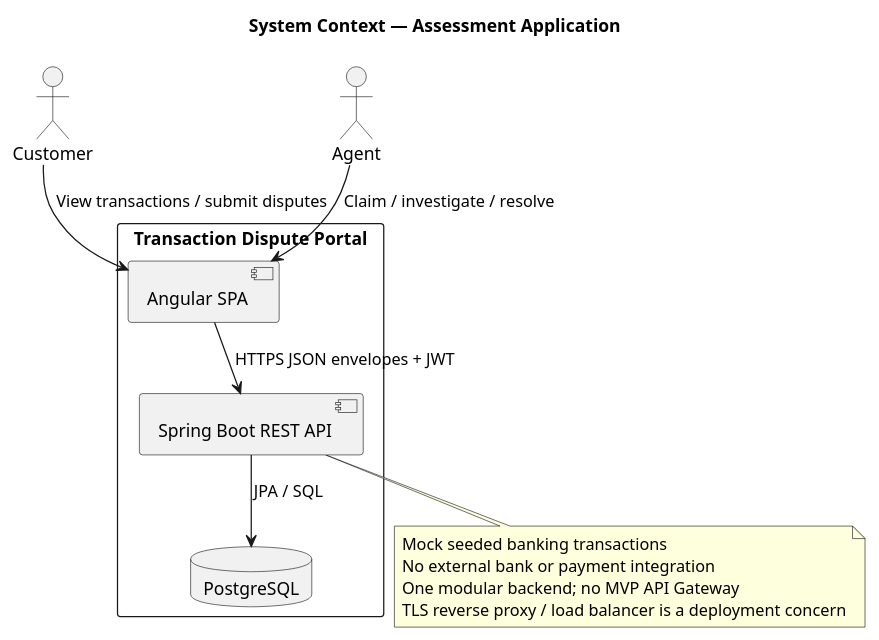
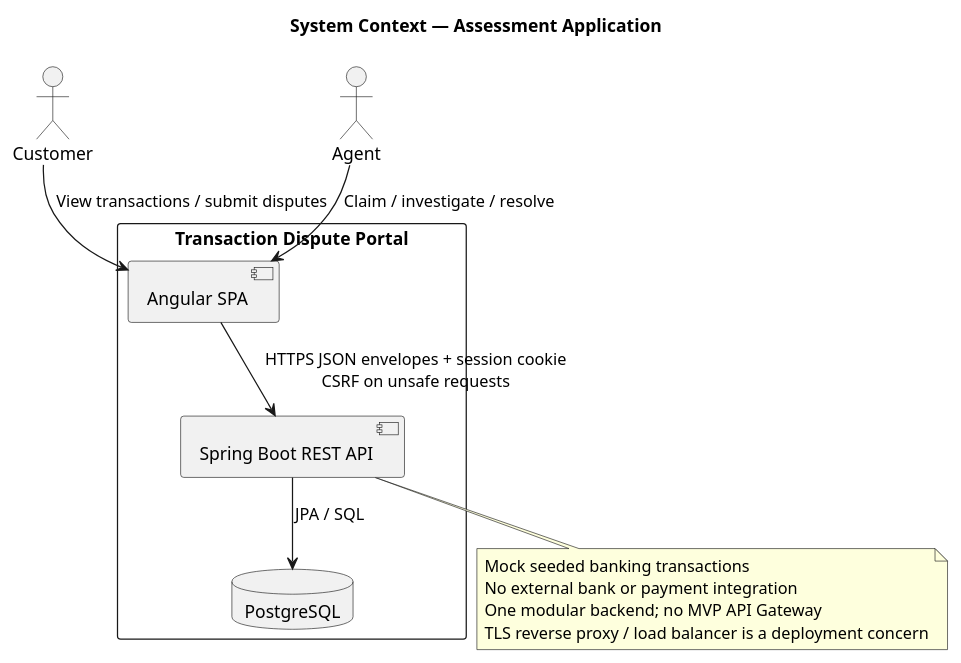
One commit to DonaldMbara/transaction-dispute-portal changed the diagram in docs/design/plantuml/system-context.puml. Above: the diagram before and after it, drawn with PlantUML. The commit also changed 27 other files, not shown here.

Commit message:
docs: align architecture with session-based authentication

```diff
--- a/docs/design/plantuml/system-context.puml
+++ b/docs/design/plantuml/system-context.puml
@@ -1,22 +1,22 @@
 @startuml
 !pragma layout smetana
 title System Context — Assessment Application
 actor Customer
 actor Agent
 rectangle "Transaction Dispute Portal" {
   component "Angular SPA" as ui
   component "Spring Boot REST API" as api
   database "PostgreSQL" as db
 }
 Customer --> ui : View transactions / submit disputes
 Agent --> ui : Claim / investigate / resolve
-ui --> api : HTTPS JSON envelopes + JWT
+ui --> api : HTTPS JSON envelopes + session cookie\nCSRF on unsafe requests
 
 api --> db : JPA / SQL
 note bottom of api
 Mock seeded banking transactions
 No external bank or payment integration
 One modular backend; no MVP API Gateway
 TLS reverse proxy / load balancer is a deployment concern
 end note
 @enduml
```
